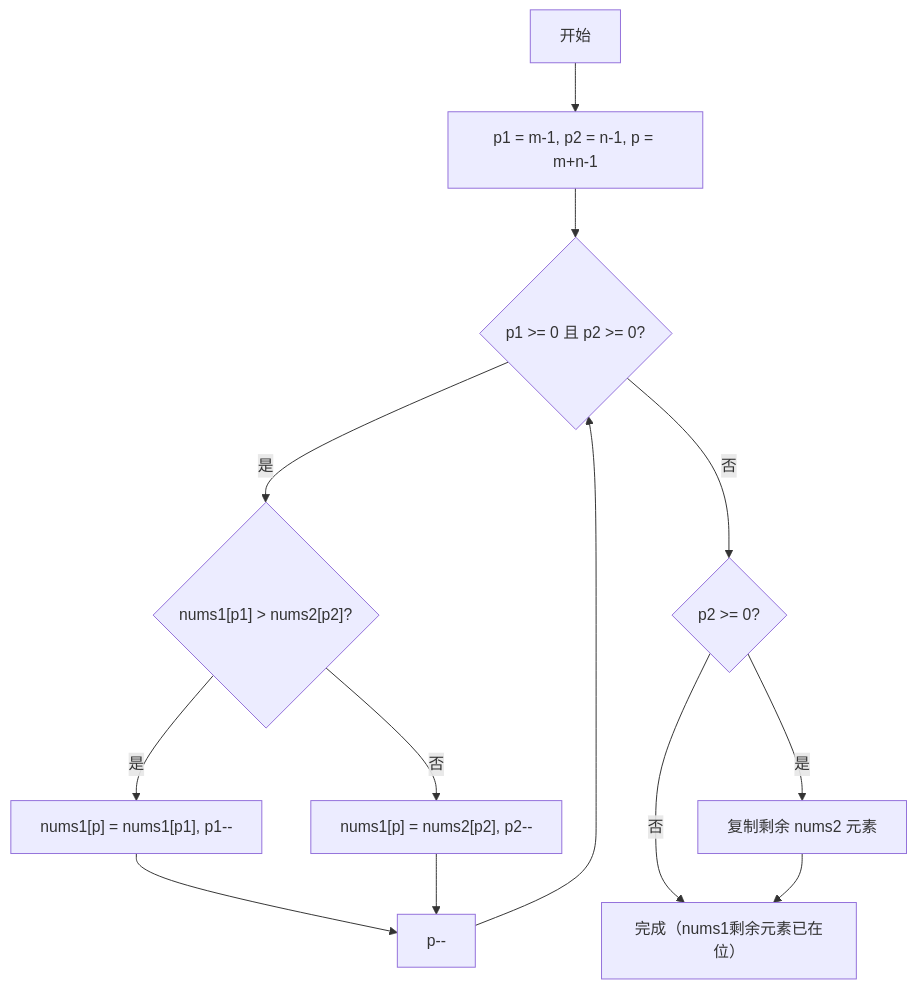
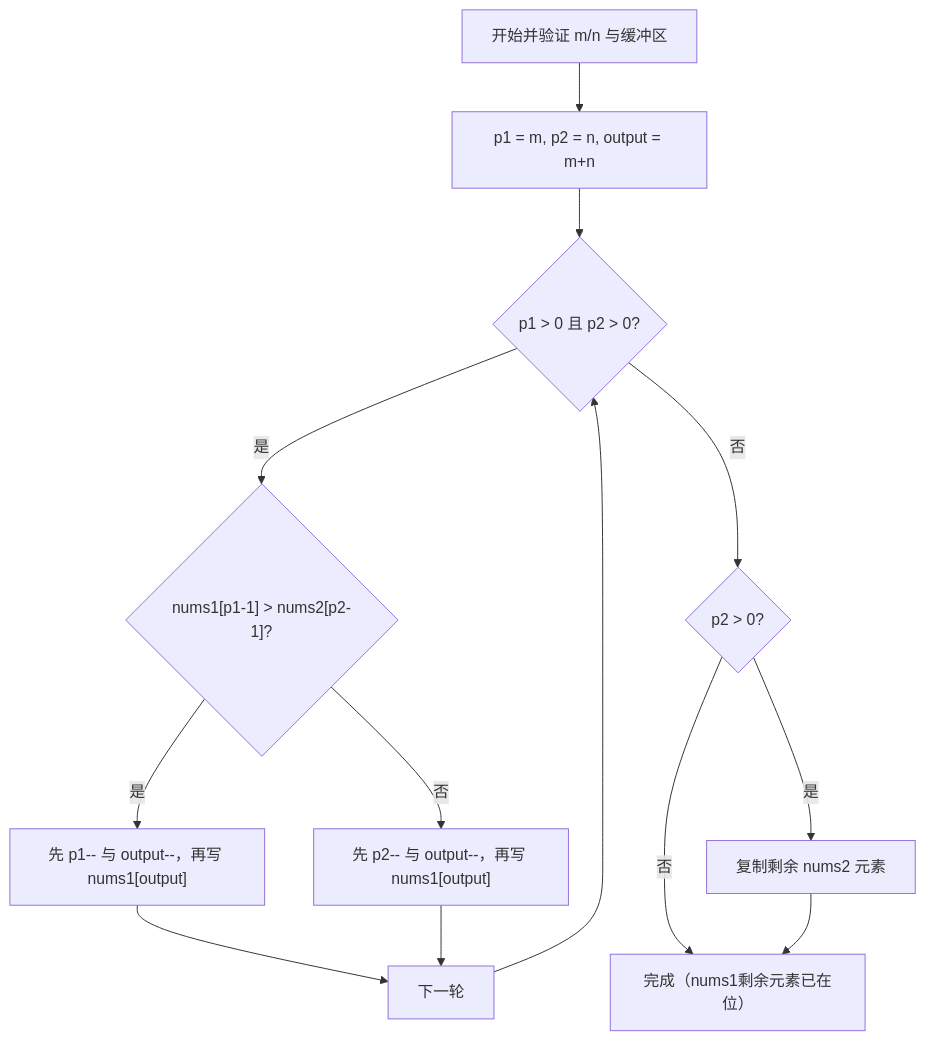
Before and after one commit to mlbo/cpp_learning: the fourth of 6 diagrams in week_01/day_03/README.md, drawn with Mermaid. The commit also changed other lines of this file and 675 other files, not shown here.

````diff
--- a/week_01/day_03/README.md
+++ b/week_01/day_03/README.md
@@ -272,15 +343,15 @@
 ```mermaid
 flowchart TD
-    A["开始"] --> B["p1 = m-1, p2 = n-1, p = m+n-1"]
-    B --> C{"p1 >= 0 且 p2 >= 0?"}
-    C -->|"是"| D{"nums1[p1] > nums2[p2]?"}
-    D -->|"是"| E["nums1[p] = nums1[p1], p1--"]
-    D -->|"否"| F["nums1[p] = nums2[p2], p2--"]
-    E --> G["p--"]
+    A["开始并验证 m/n 与缓冲区"] --> B["p1 = m, p2 = n, output = m+n"]
+    B --> C{"p1 > 0 且 p2 > 0?"}
+    C -->|"是"| D{"nums1[p1-1] > nums2[p2-1]?"}
+    D -->|"是"| E["先 p1-- 与 output--，再写 nums1[output]"]
+    D -->|"否"| F["先 p2-- 与 output--，再写 nums1[output]"]
+    E --> G["下一轮"]
     F --> G
     G --> C
-    C -->|"否"| H{"p2 >= 0?"}
+    C -->|"否"| H{"p2 > 0?"}
     H -->|"是"| I["复制剩余 nums2 元素"]
     H -->|"否"| J["完成（nums1剩余元素已在位）"]
     I --> J
 ```
````
